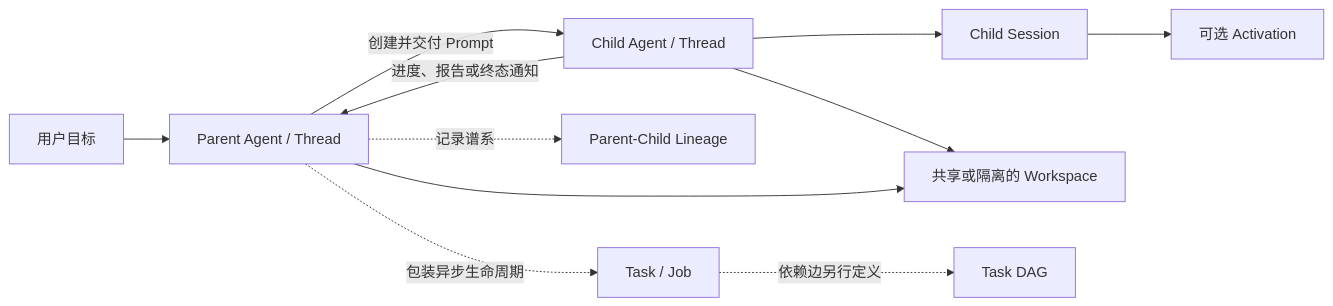
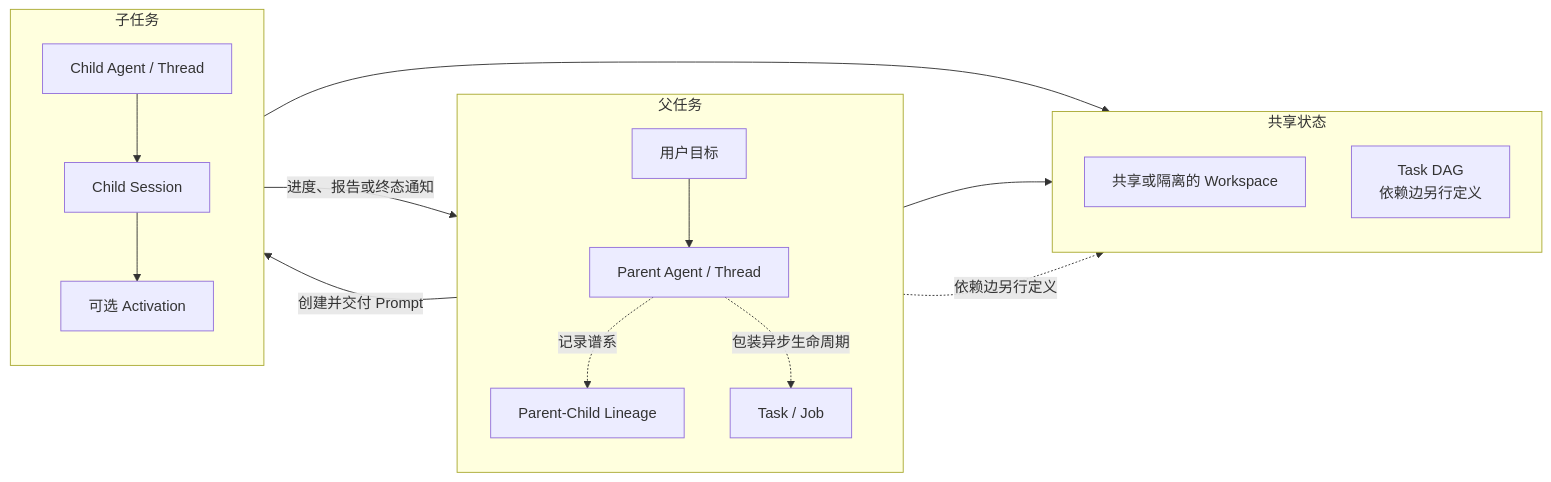
Before and after one commit to specialpointcentral/harness: the first of 2 diagrams in docs/harness-survey/16_subagents_and_orchestration.md, drawn with Mermaid. The commit also changed other lines of this file and 18 other files, not shown here.

First line of the commit message:
docs: improve diagram layouts and tidy supporting files

````diff
--- a/docs/harness-survey/16_subagents_and_orchestration.md
+++ b/docs/harness-survey/16_subagents_and_orchestration.md
@@ -49,13 +49,30 @@
 ```mermaid
 flowchart LR
-  U[用户目标] --> P[Parent Agent / Thread]
-  P -->|创建并交付 Prompt| C[Child Agent / Thread]
-  P -.->|记录谱系| L[Parent-Child Lineage]
-  P -.->|包装异步生命周期| T[Task / Job]
-  C --> S[Child Session]
-  S --> A[可选 Activation]
+  subgraph PARENT[父任务]
+    direction TB
+    U[用户目标]
+    P[Parent Agent / Thread]
+    L[Parent-Child Lineage]
+    T[Task / Job]
+    U --> P
+    P -.记录谱系.-> L
+    P -.包装异步生命周期.-> T
+  end
+  subgraph CHILD[子任务]
+    direction TB
+    C[Child Agent / Thread]
+    S[Child Session]
+    A[可选 Activation]
+    C --> S --> A
+  end
+  subgraph RESOURCE[共享状态]
+    direction TB
+    W[共享或隔离的 Workspace]
+    D[Task DAG<br/>依赖边另行定义]
+  end
+  P -->|创建并交付 Prompt| C
   C -->|进度、报告或终态通知| P
-  C --> W[共享或隔离的 Workspace]
+  C --> W
   P --> W
-  T -.->|依赖边另行定义| D[Task DAG]
+  T -.依赖边另行定义.-> D
 ```
````
